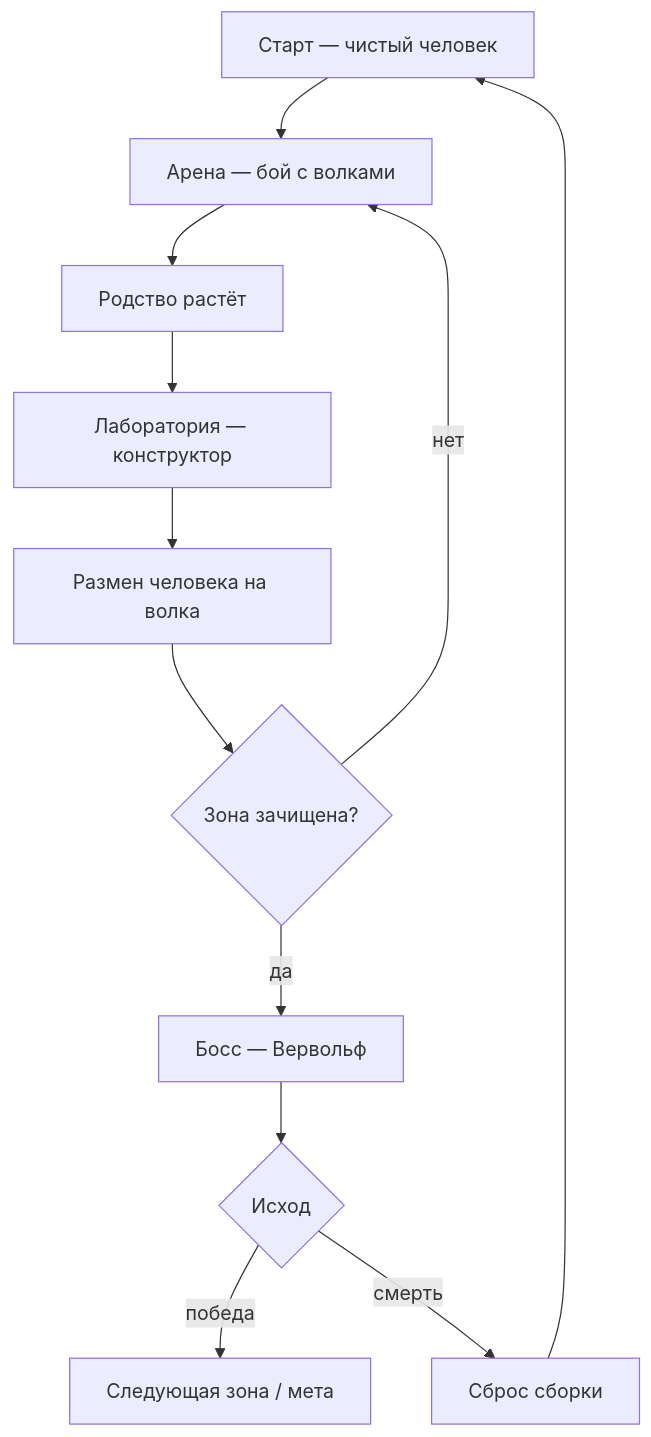
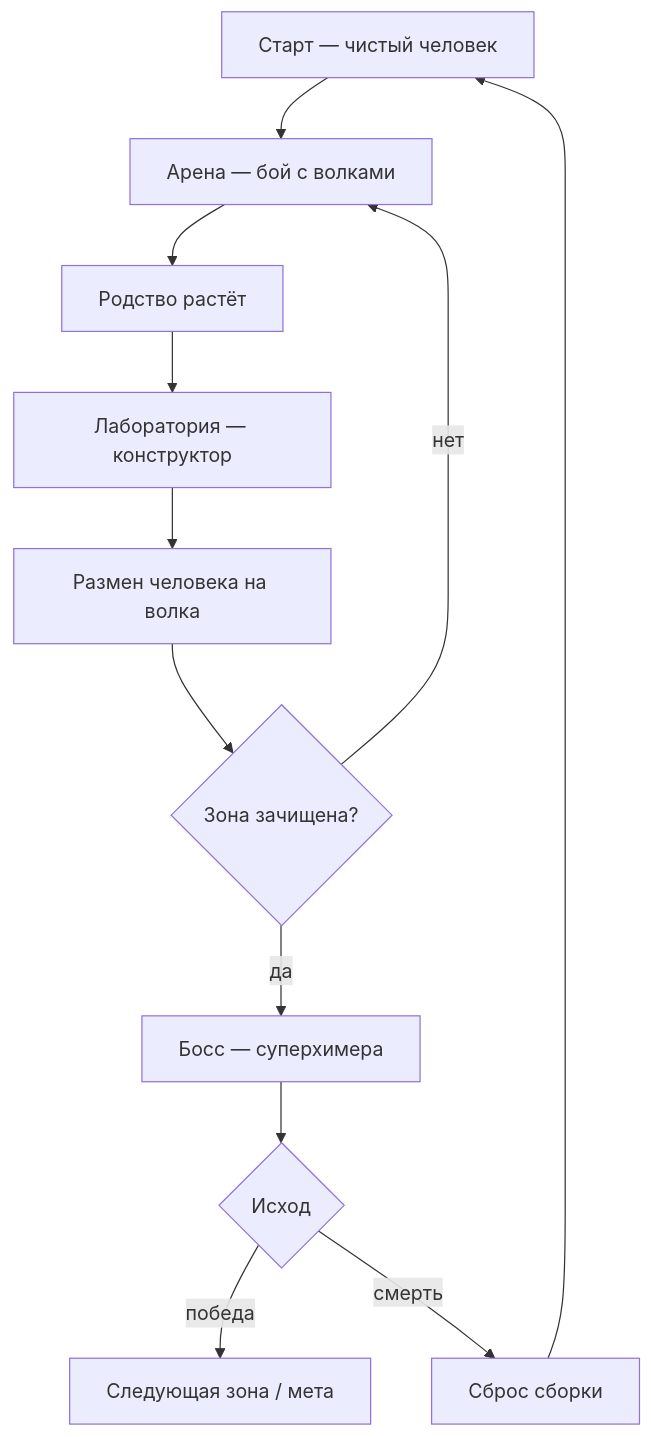
Before and after one commit to darklordshish/ChimeraEvolution-2026-06-26_15-29-59: the first of 7 diagrams in Docs/CHIMERA_GDD_v0.18.md, drawn with Mermaid. The commit also changed other lines of this file and 21 other files, not shown here.

First line of the commit message:
Босс-суперхимера через конструктор: оборотень и случайная химера

````diff
--- a/Docs/CHIMERA_GDD_v0.18.md
+++ b/Docs/CHIMERA_GDD_v0.18.md
@@ -125,14 +125,14 @@
 ```mermaid
 flowchart TD
     A[Старт — чистый человек] --> B[Арена — бой с волками]
     B --> C[Родство растёт]
     C --> D[Лаборатория — конструктор]
     D --> E[Размен человека на волка]
     E --> F{Зона зачищена?}
     F -->|нет| B
-    F -->|да| G[Босс — Вервольф]
+    F -->|да| G[Босс — суперхимера]
     G --> H{Исход}
     H -->|победа| I[Следующая зона / мета]
     H -->|смерть| J[Сброс сборки]
     J --> A
 ```
````
